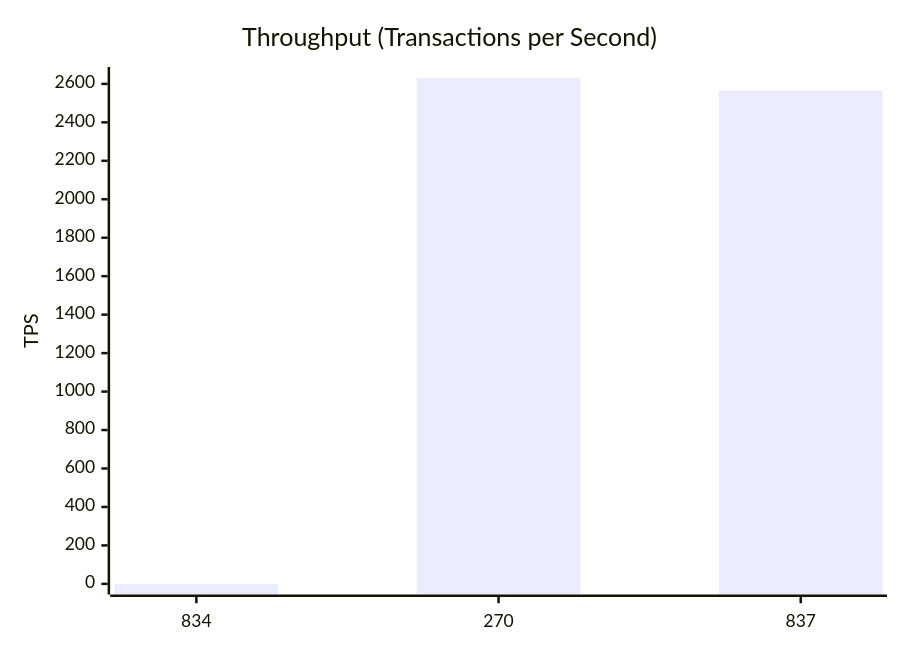
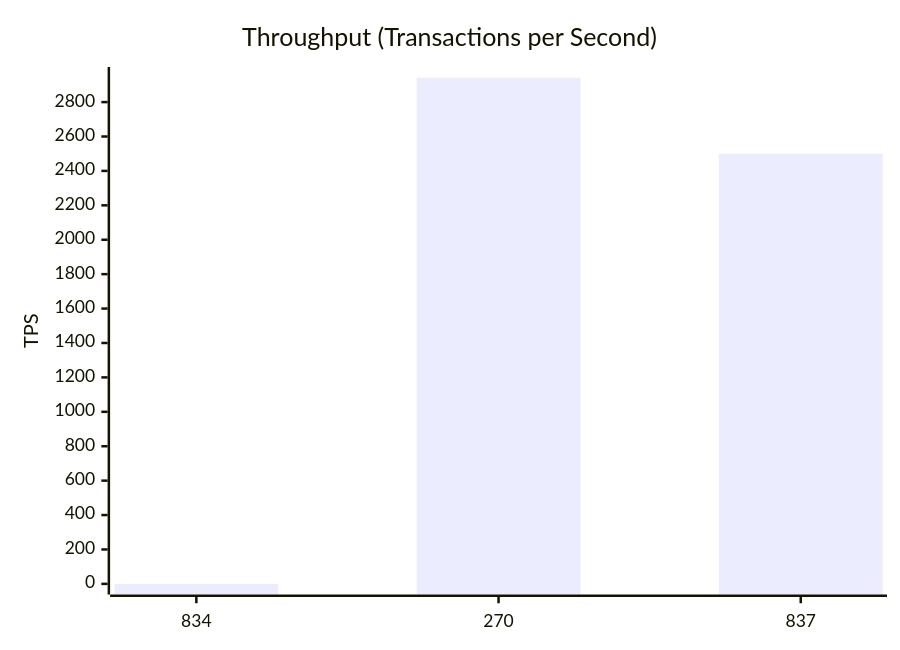
One commit to dhagan-va/intern-2025 changed the second of 10 diagrams in test-tools/DataGen/src/Statistics_Visualizer.md. Above: the diagram before and after it, drawn with Mermaid. The commit also changed other lines of this file and 6 other files, not shown here.

````diff
--- a/test-tools/DataGen/src/Statistics_Visualizer.md
+++ b/test-tools/DataGen/src/Statistics_Visualizer.md
@@ -28,7 +28,7 @@
 ```mermaid
 xychart-beta
     title "Throughput (Transactions per Second)"
     x-axis ["834", "270", "837"]
-    y-axis "TPS" 0 --> 2632.5789473684213
-    bar [0.0, 2631.5789473684213, 2564.102564102564]
+    y-axis "TPS" 0 --> 2942.176470588235
+    bar [0.0, 2941.176470588235, 2500.062501562539]
 ```
````
